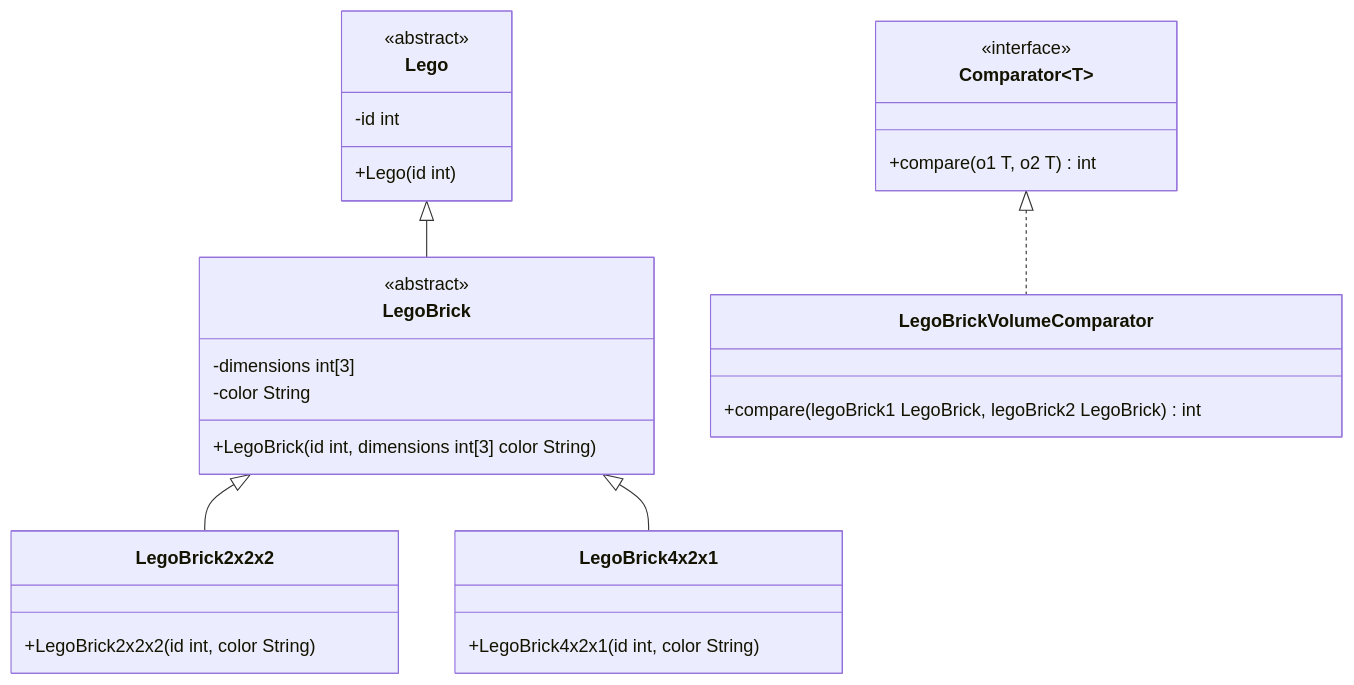
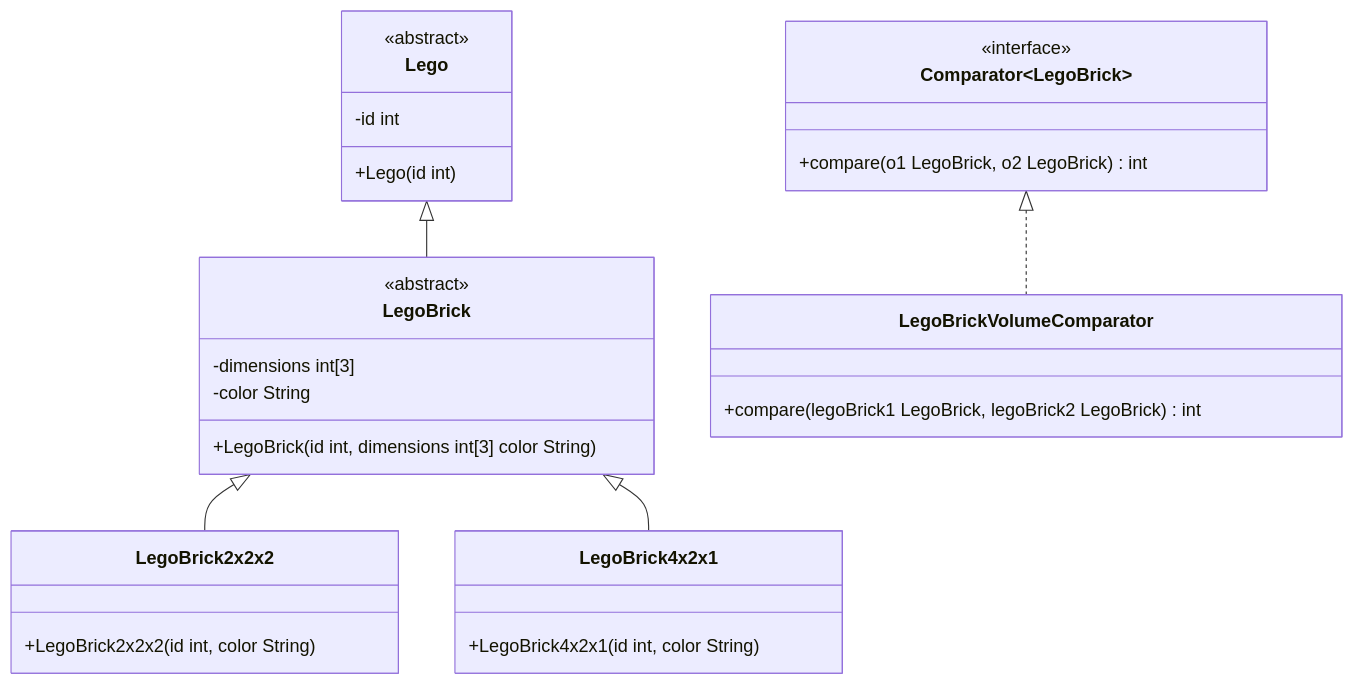
Before and after one commit to jappuccini/java-docs: the diagram in docs/exam-exercises/exam-exercises-java2/lego-brick.md, drawn with Mermaid. The commit also changed 17 other files, not shown here.

Commit message:
update cheatsheets, mermaids and test-classes

````diff
--- a/docs/exam-exercises/exam-exercises-java2/lego-brick.md
+++ b/docs/exam-exercises/exam-exercises-java2/lego-brick.md
@@ -12,37 +12,37 @@
 ```mermaid
 classDiagram
     Lego <|-- LegoBrick
     LegoBrick <|-- LegoBrick2x2x2
     LegoBrick <|-- LegoBrick4x2x1
-    Comparator~T~ <|.. LegoBrickVolumeComparator
+    Comparator~LegoBrick~ <|.. LegoBrickVolumeComparator
 
     class Lego {
         <<abstract>>
         -id int
         +Lego(id int)
     }
 
     class LegoBrick {
         <<abstract>>
         -dimensions int[3]
         -color String
         +LegoBrick(id int, dimensions int[3] color String)
     }
 
     class LegoBrick2x2x2 {
         +LegoBrick2x2x2(id int, color String)
     }
 
     class LegoBrick4x2x1 {
         +LegoBrick4x2x1(id int, color String)
     }
 
-    class Comparator~T~ {
+    class Comparator~LegoBrick~ {
         <<interface>>
-        +compare(o1 T, o2 T) int
+        +compare(o1 LegoBrick, o2 LegoBrick) int
     }
 
     class LegoBrickVolumeComparator {
         +compare(legoBrick1 LegoBrick, legoBrick2 LegoBrick) int
     }
 ```
````
